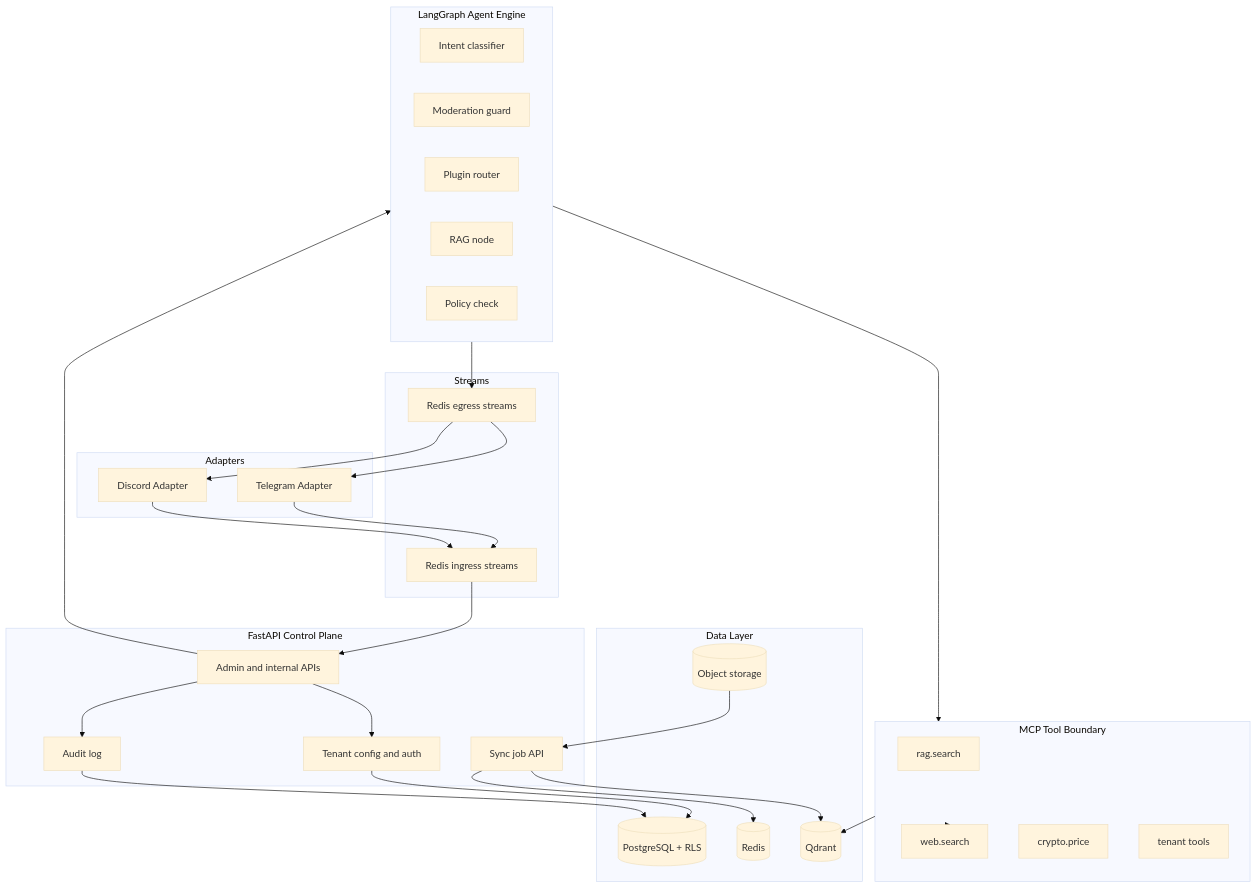
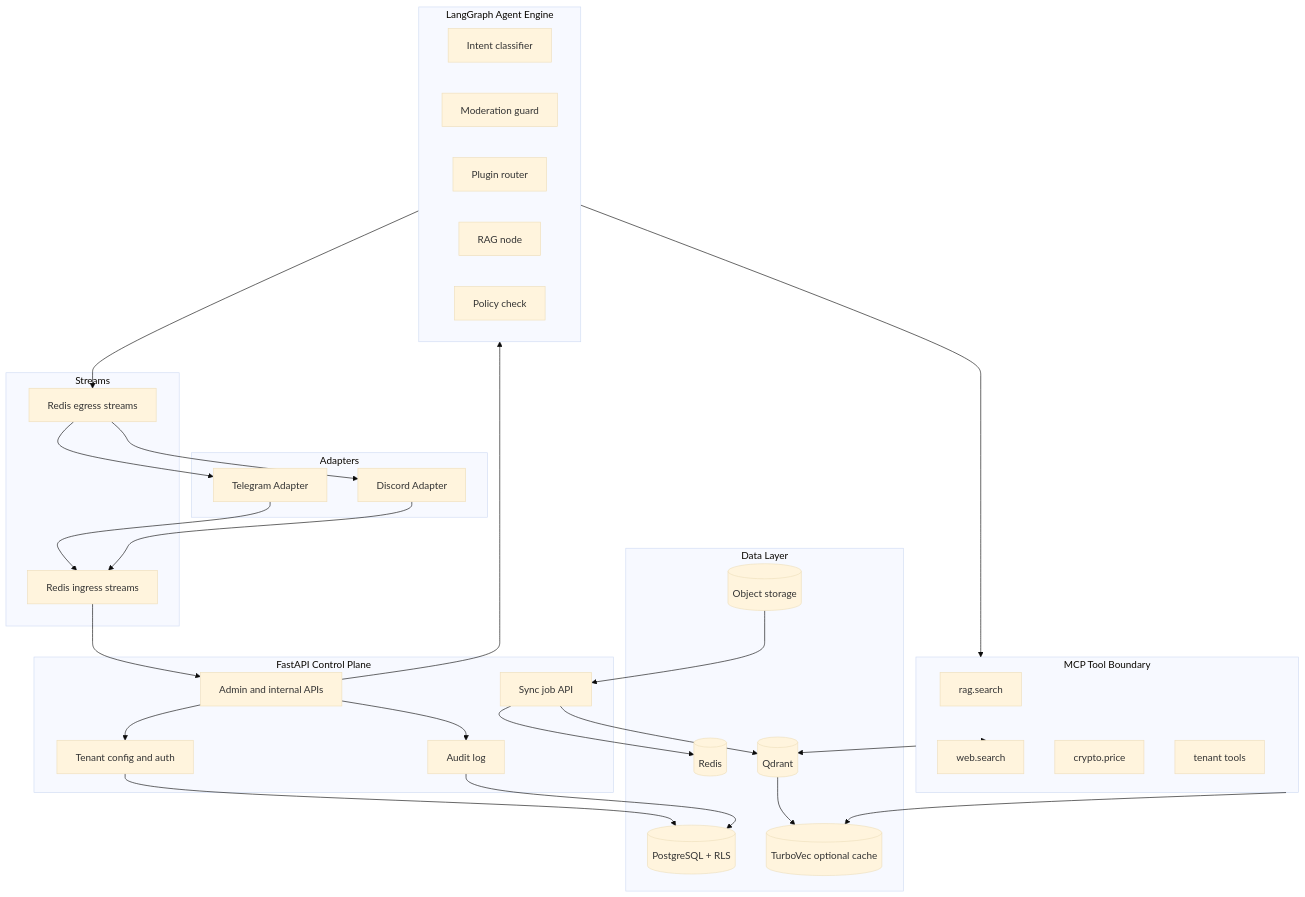
The diagram in docs/system-architecture.md (long7400/agent-support), drawn with Mermaid (base theme) before and after one commit. The commit also changed other lines of this file and 9 other files, not shown here.

Commit message:
docs: add turbovec adoption flow

````diff
--- a/docs/system-architecture.md
+++ b/docs/system-architecture.md
@@ -7,59 +7,62 @@
 ```mermaid
 flowchart TD
     subgraph Adapters
         TG[Telegram Adapter]
         DC[Discord Adapter]
     end
 
     subgraph Streams
         IN[Redis ingress streams]
         OUT[Redis egress streams]
     end
 
     subgraph Control[FastAPI Control Plane]
         API[Admin and internal APIs]
         TEN[Tenant config and auth]
         JOB[Sync job API]
         AUD[Audit log]
     end
 
     subgraph Engine[LangGraph Agent Engine]
         CLS[Intent classifier]
         MOD[Moderation guard]
         RTR[Plugin router]
         RAG[RAG node]
         POL[Policy check]
     end
 
     subgraph Tools[MCP Tool Boundary]
         RAGT[rag.search]
         WEB[web.search]
         CRYPTO[crypto.price]
         EXT[tenant tools]
     end
 
     subgraph Data[Data Layer]
         PG[(PostgreSQL + RLS)]
         RD[(Redis)]
         QD[(Qdrant)]
+        TV[(TurboVec optional cache)]
         OBJ[(Object storage)]
     end
 
     TG --> IN
     DC --> IN
     IN --> API
     API --> TEN
     TEN --> PG
     API --> Engine
     Engine --> Tools
     Tools --> QD
+    QD --> TV
+    Tools --> TV
     Tools --> WEB
     Engine --> OUT
     OUT --> TG
     OUT --> DC
     JOB --> RD
     JOB --> QD
     API --> AUD
     AUD --> PG
     OBJ --> JOB
 ```
````
